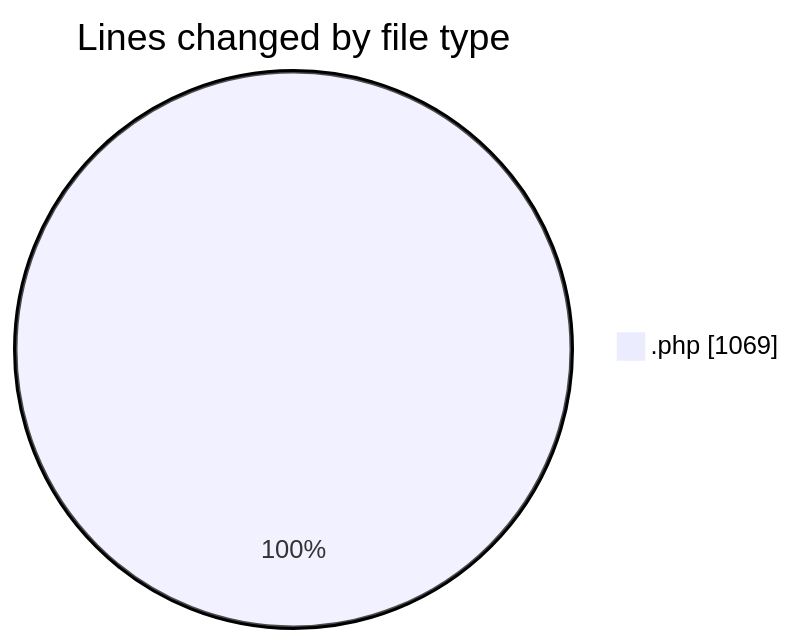
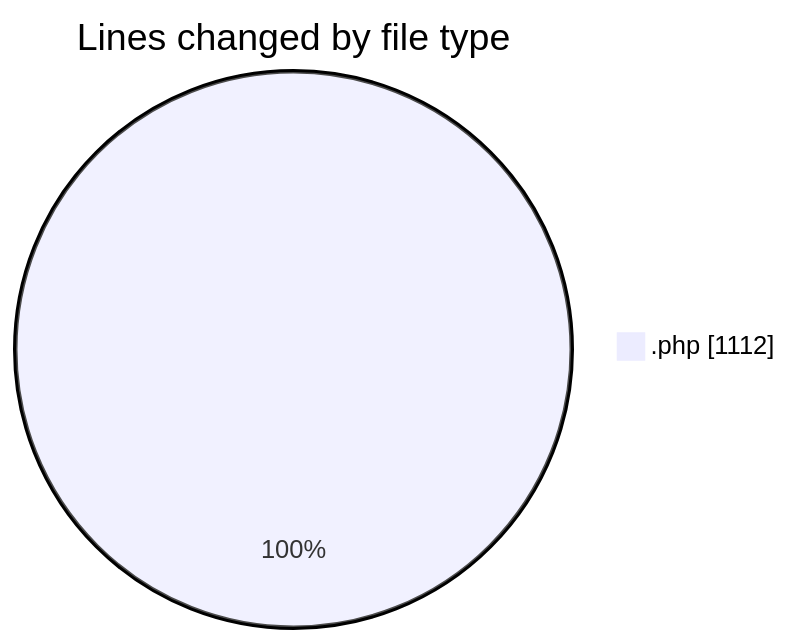
The first of 2 diagrams in 2025-09-24/plugins/README.md (debugP/code-tracking), drawn with Mermaid before and after one commit. The commit also changed other lines of this file and 1 other file, not shown here.

````diff
--- a/2025-09-24/plugins/README.md
+++ b/2025-09-24/plugins/README.md
@@ -20,5 +20,5 @@
 ```mermaid
 pie showData
 title Lines changed by file type
-".php" : 1069
+".php" : 1112
 ```
````
